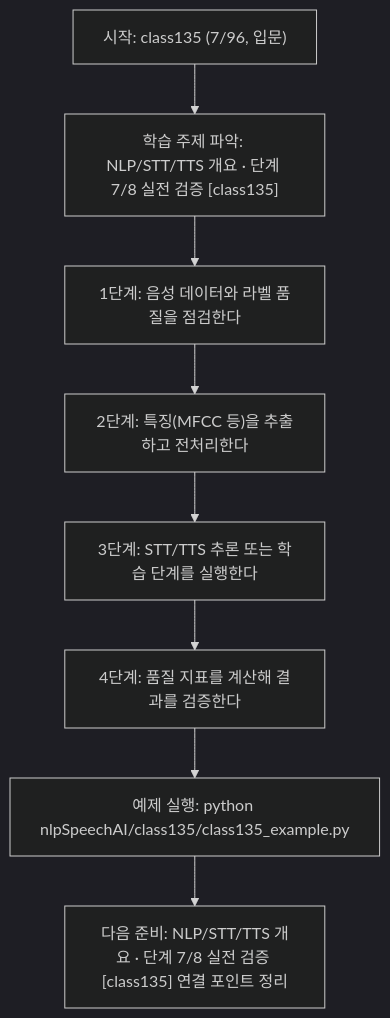
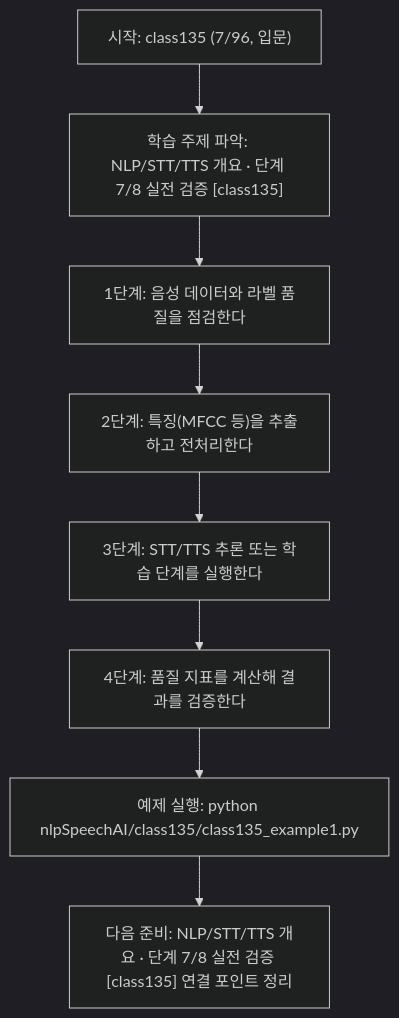
The diagram in nlpSpeechAI/class135/class135.md (edumgt/Python-AI_Agent-Class), drawn with Mermaid (dark theme) before and after one commit. The commit also changed other lines of this file and 2959 other files, not shown here.

````diff
--- a/nlpSpeechAI/class135/class135.md
+++ b/nlpSpeechAI/class135/class135.md
@@ -115,18 +115,18 @@
 ```mermaid
 flowchart TD
 N1["시작: class135 (7/96, 입문)"]
 N2["학습 주제 파악: NLP/STT/TTS 개요 · 단계 7/8 실전 검증 [class135]"]
 N3["1단계: 음성 데이터와 라벨 품질을 점검한다"]
 N4["2단계: 특징(MFCC 등)을 추출하고 전처리한다"]
 N5["3단계: STT/TTS 추론 또는 학습 단계를 실행한다"]
 N6["4단계: 품질 지표를 계산해 결과를 검증한다"]
-N7["예제 실행: python nlpSpeechAI/class135/class135_example.py"]
+N7["예제 실행: python nlpSpeechAI/class135/class135_example1.py"]
 N8["다음 준비: NLP/STT/TTS 개요 · 단계 7/8 실전 검증 [class135] 연결 포인트 정리"]
 N1 --> N2
 N2 --> N3
 N3 --> N4
 N4 --> N5
 N5 --> N6
 N6 --> N7
 N7 --> N8
 ```
````
